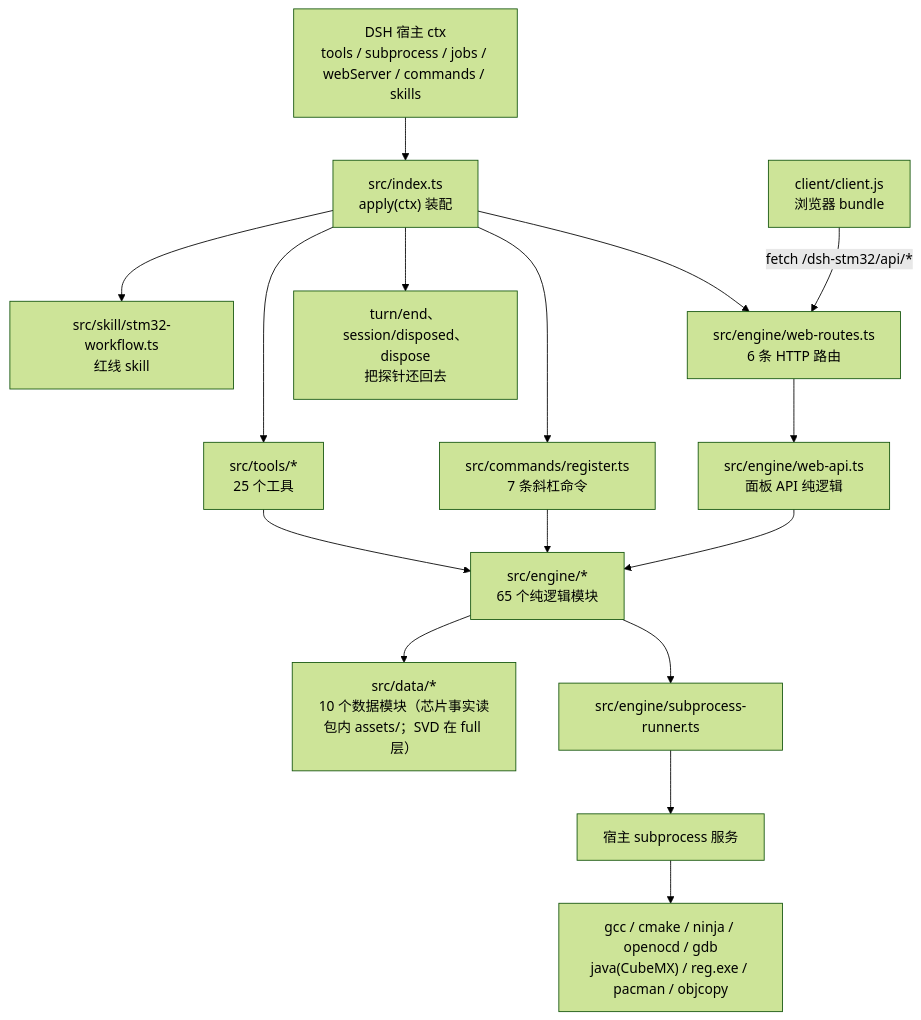
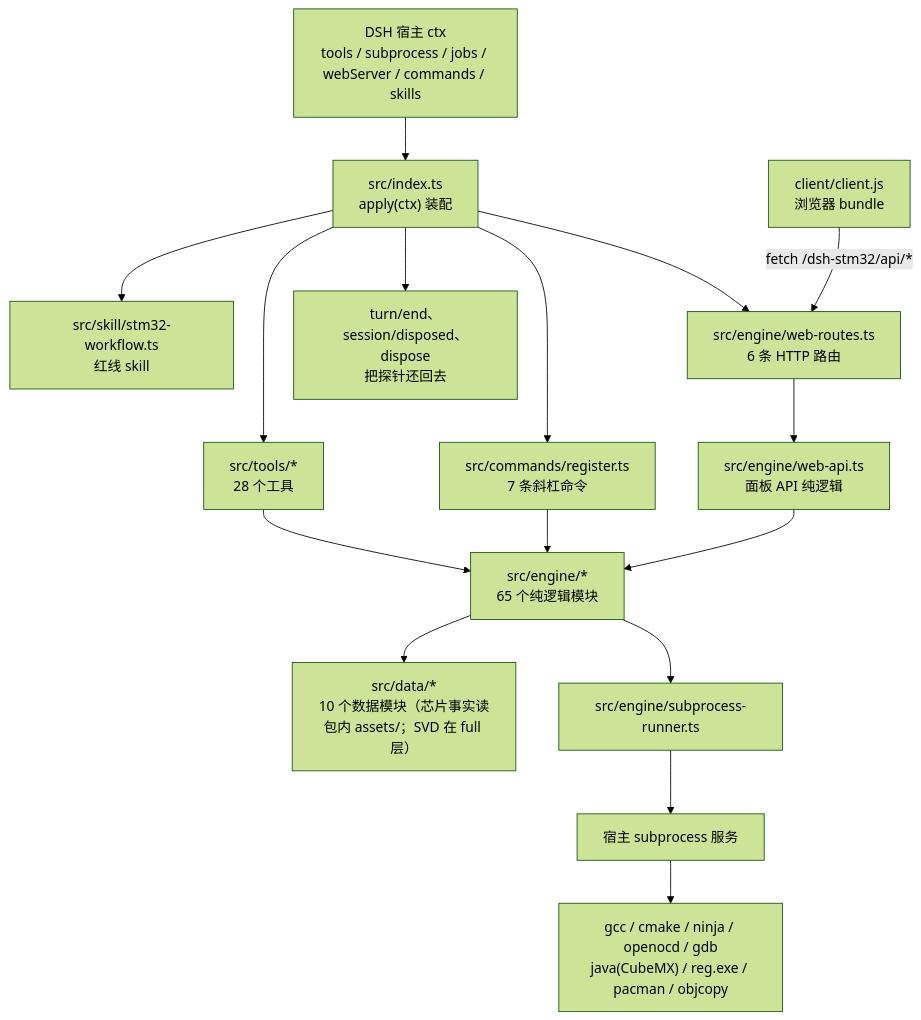
The first of 15 diagrams in docs/reading-guide.md (JingYu-er/dsh-stm32), drawn with Mermaid (forest theme) before and after one commit. The commit also changed other lines of this file and 35 other files, not shown here.

First line of the commit message:
feat(schematic): KiCad 10 原理图解析、PCB 对账与模块框图（S90）

````diff
--- a/docs/reading-guide.md
+++ b/docs/reading-guide.md
@@ -44,18 +44,18 @@
 ```mermaid
 flowchart TD
   HOST["DSH 宿主 ctx<br/>tools / subprocess / jobs / webServer / commands / skills"] --> IDX["src/index.ts<br/>apply(ctx) 装配"]
-  IDX --> TOOLS["src/tools/*<br/>25 个工具"]
+  IDX --> TOOLS["src/tools/*<br/>28 个工具"]
   IDX --> CMDS["src/commands/register.ts<br/>7 条斜杠命令"]
   IDX --> SKILL["src/skill/stm32-workflow.ts<br/>红线 skill"]
   IDX --> WEB["src/engine/web-routes.ts<br/>6 条 HTTP 路由"]
   IDX --> EVT["turn/end、session/disposed、dispose<br/>把探针还回去"]
   TOOLS --> ENGINE["src/engine/*<br/>65 个纯逻辑模块"]
   CMDS --> ENGINE
   WEB --> API["src/engine/web-api.ts<br/>面板 API 纯逻辑"]
   API --> ENGINE
   ENGINE --> DATA["src/data/*<br/>10 个数据模块（芯片事实读包内 assets/；SVD 在 full 层）"]
   ENGINE --> RUN["src/engine/subprocess-runner.ts"]
   RUN --> OS["宿主 subprocess 服务"]
   OS --> BIN["gcc / cmake / ninja / openocd / gdb<br/>java(CubeMX) / reg.exe / pacman / objcopy"]
   CLIENT["client/client.js<br/>浏览器 bundle"] -->|"fetch /dsh-stm32/api/*"| WEB
 ```
````
